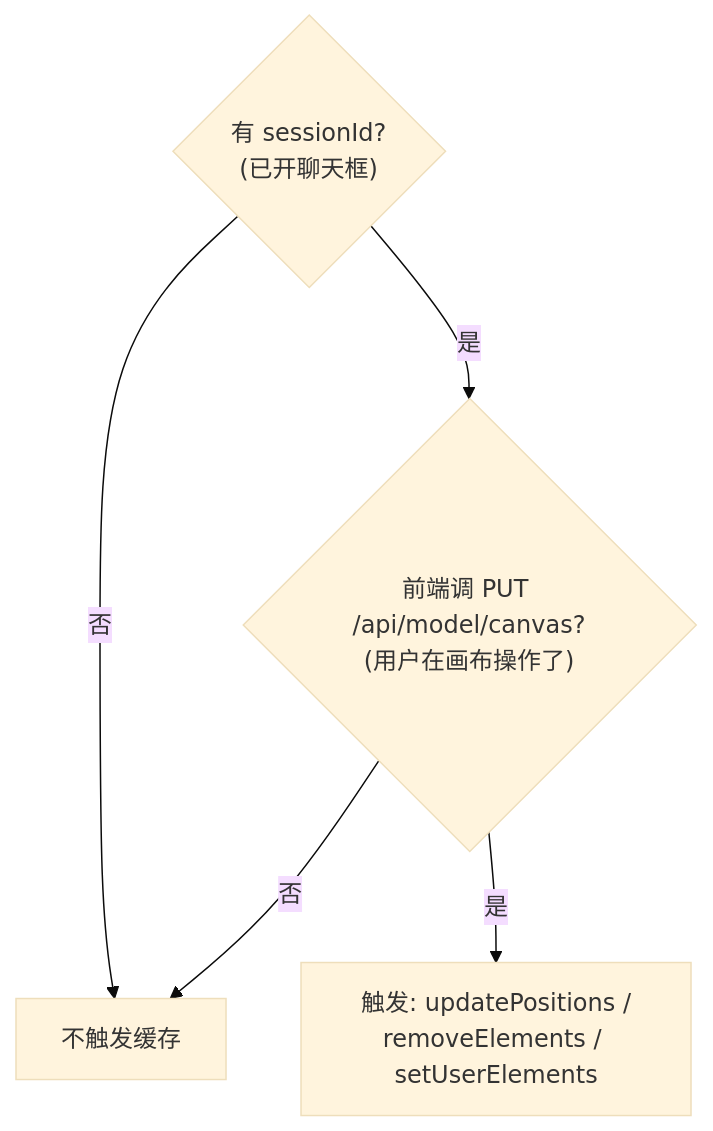
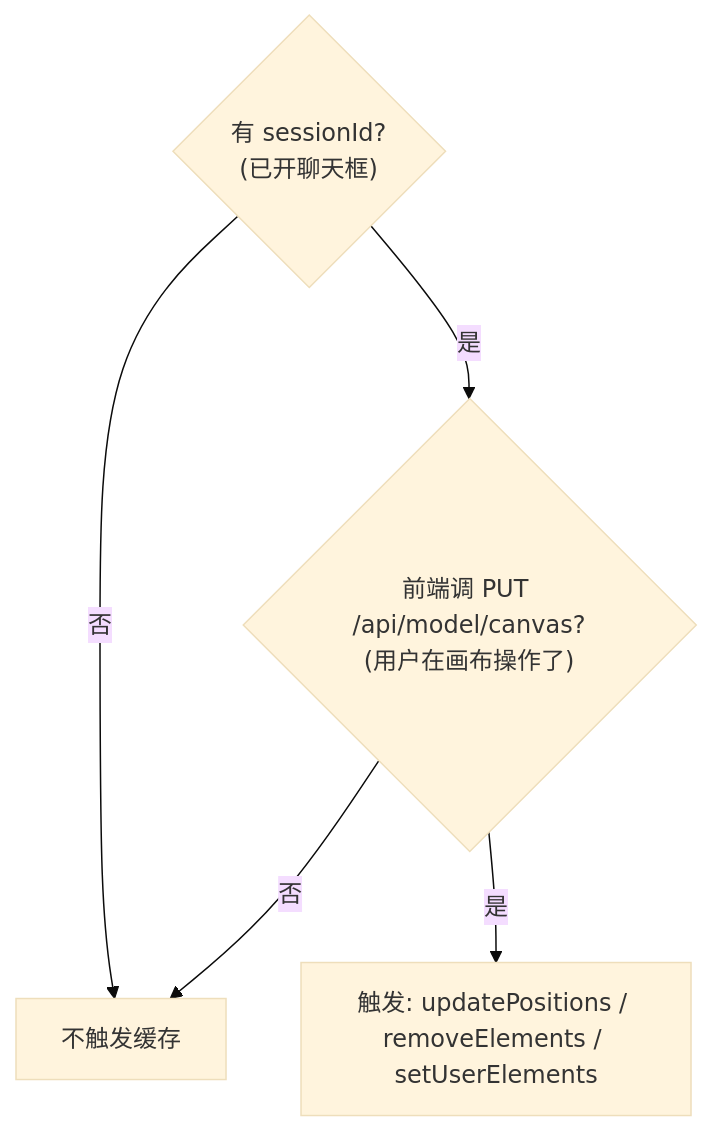
Before and after one commit to Nihao7-L/flowchart-ai: diagram 12 of 13 in workbuddyFlow/docs/FlowAI架构与交互机制.md, drawn with Mermaid (base theme). The commit also changed other lines of this file and 37 other files, not shown here.

````diff
--- a/workbuddyFlow/docs/FlowAI架构与交互机制.md
+++ b/workbuddyFlow/docs/FlowAI架构与交互机制.md
@@ -409,8 +398,8 @@
 ```mermaid
 flowchart TD
   C1{"有 sessionId?<br/>(已开聊天框)"}
   C1 -->|"否"| No["不触发缓存"]
   C1 -->|"是"| C2{"前端调 PUT /api/model/canvas?<br/>(用户在画布操作了)"}
   C2 -->|"否"| No
-  C2 -->|"是"| Yes["触发: updatePositions /<br/>removeElements / setUserElements"]
+  C2 -->|"是"| Yes["触发: updatePositions / removeElements / setUserElements"]
 ```
````
